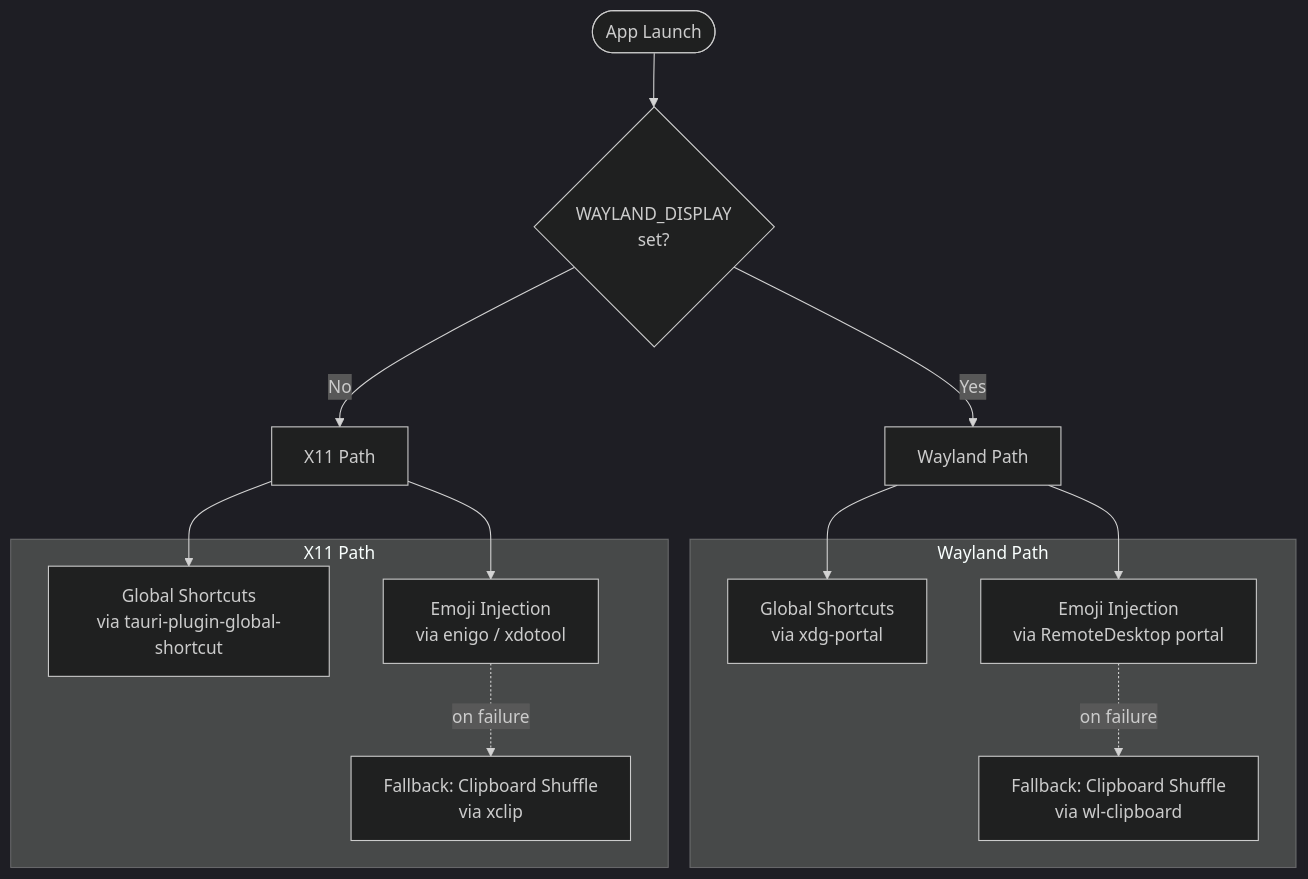
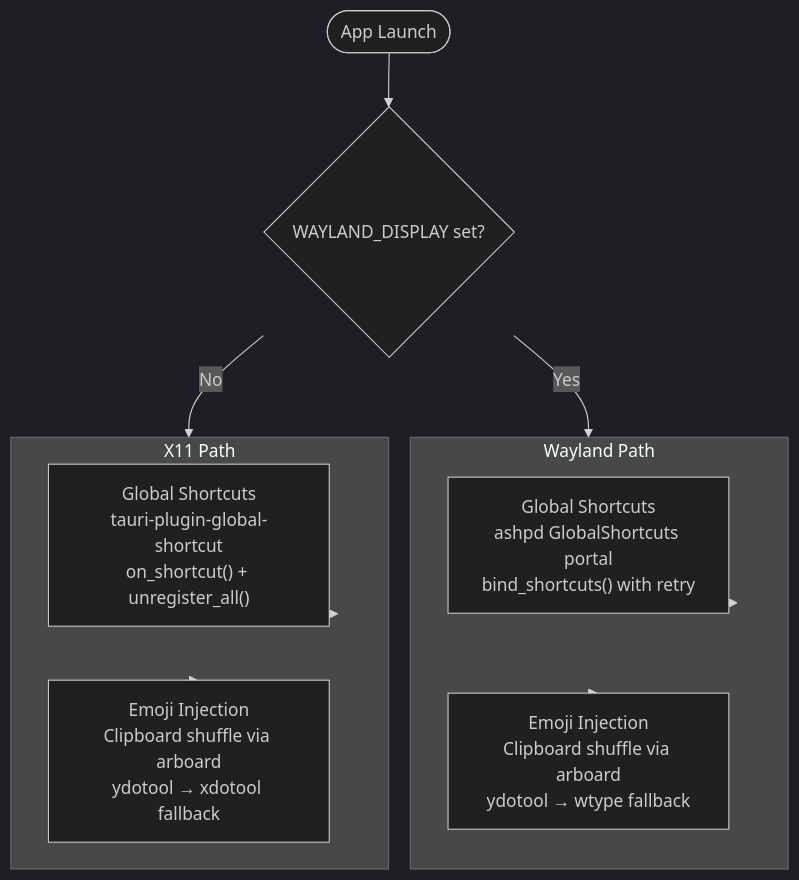
The eighth of 10 diagrams in docs/architecture.md (liminal-hq/emoji-nook), drawn with Mermaid (dark theme) before and after one commit. The commit also changed other lines of this file and 6 other files, not shown here.

First line of the commit message:
docs: update architecture and add animated SVG diagrams

````diff
--- a/docs/architecture.md
+++ b/docs/architecture.md
@@ -205,26 +329,22 @@
 ```mermaid
 flowchart TD
-    Start([App Launch]) --> Detect{WAYLAND_DISPLAY<br/>set?}
+    Start([App Launch]) --> Detect{WAYLAND_DISPLAY set?}
 
     Detect -->|Yes| Wayland[Wayland Path]
     Detect -->|No| X11[X11 Path]
 
-    subgraph Wayland Path
-        W_SC[Global Shortcuts<br/>via xdg-portal]
-        W_INJ[Emoji Injection<br/>via RemoteDesktop portal]
-        W_FB[Fallback: Clipboard Shuffle<br/>via wl-clipboard]
-        W_INJ -.->|on failure| W_FB
+    subgraph Wayland[Wayland Path]
+        W_SC["Global Shortcuts<br/>ashpd GlobalShortcuts portal<br/>bind_shortcuts() with retry"]
+        W_INJ["Emoji Injection<br/>Clipboard shuffle via arboard<br/>ydotool → wtype fallback"]
     end
 
-    subgraph X11 Path
-        X_SC[Global Shortcuts<br/>via tauri-plugin-global-shortcut]
-        X_INJ[Emoji Injection<br/>via enigo / xdotool]
-        X_FB[Fallback: Clipboard Shuffle<br/>via xclip]
-        X_INJ -.->|on failure| X_FB
+    subgraph X11[X11 Path]
+        X_SC["Global Shortcuts<br/>tauri-plugin-global-shortcut<br/>on_shortcut() + unregister_all()"]
+        X_INJ["Emoji Injection<br/>Clipboard shuffle via arboard<br/>ydotool → xdotool fallback"]
     end
 
     Wayland --> W_SC
     Wayland --> W_INJ
     X11 --> X_SC
     X11 --> X_INJ
 ```
````
